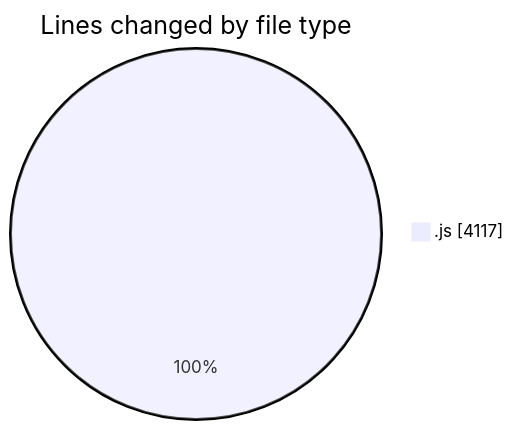
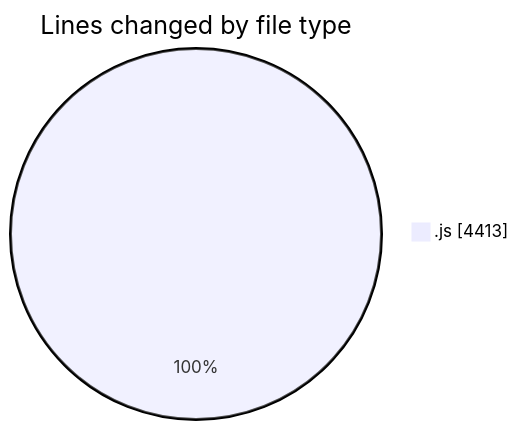
The first of 2 diagrams in 2025-09-04/nxtqube_webapp/README.md (nxtqubesakshisongat/code-tracking), drawn with Mermaid before and after one commit. The commit also changed other lines of this file and 1 other file, not shown here.

````diff
--- a/2025-09-04/nxtqube_webapp/README.md
+++ b/2025-09-04/nxtqube_webapp/README.md
@@ -20,5 +20,5 @@
 ```mermaid
 pie showData
 title Lines changed by file type
-".js" : 4117
+".js" : 4413
 ```
````
